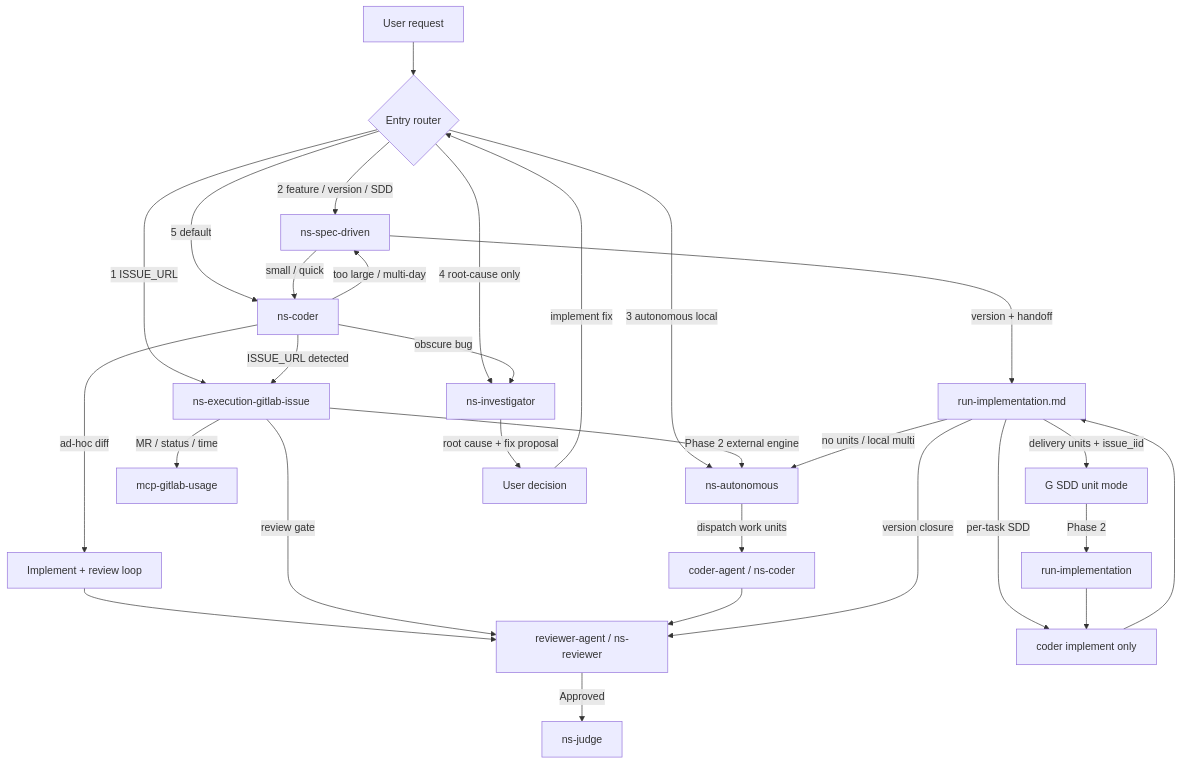
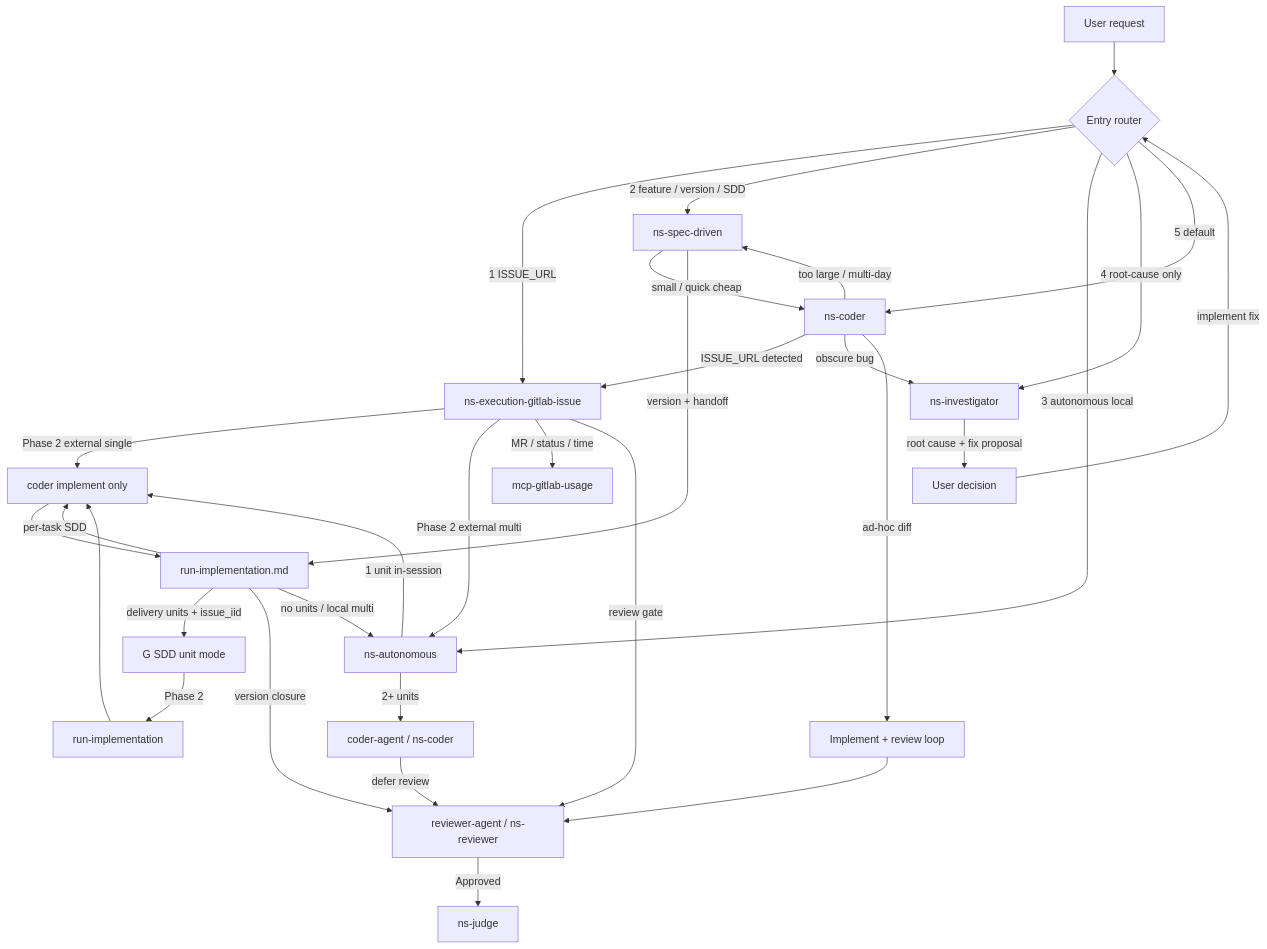
Before and after one commit to nextstage-brasil/skills: the diagram in docs/coder-skill-routing.md, drawn with Mermaid. The commit also changed other lines of this file and 27 other files, not shown here.

Commit message:
feat: add spawn gate logic for code execution; update routing rules for single-unit and multi-unit execution

````diff
--- a/docs/coder-skill-routing.md
+++ b/docs/coder-skill-routing.md
@@ -270,37 +272,39 @@
 ```mermaid
 flowchart TD
   U[User request] --> R{Entry router}
 
   R -->|"1 ISSUE_URL"| G[ns-execution-gitlab-issue]
   R -->|"2 feature / version / SDD"| S[ns-spec-driven]
   R -->|"3 autonomous local"| A[ns-autonomous]
   R -->|"4 root-cause only"| I[ns-investigator]
   R -->|"5 default"| C[ns-coder]
 
   C -->|ISSUE_URL detected| G
   C -->|too large / multi-day| S
   C -->|obscure bug| I
   C -->|ad-hoc diff| IMPL[Implement + review loop]
   IMPL --> REV[reviewer-agent / ns-reviewer]
   REV -->|Approved| JUDGE[ns-judge]
 
-  G -->|Phase 2 external engine| A
+  G -->|Phase 2 external single| Cimpl[coder implement only]
+  G -->|Phase 2 external multi| A
   G -->|MR / status / time| GL[mcp-gitlab-usage]
   G -->|review gate| REV
 
-  A -->|dispatch work units| C2[coder-agent / ns-coder]
-  C2 --> REV
+  A -->|1 unit in-session| Cimpl
+  A -->|2+ units| C2[coder-agent / ns-coder]
+  C2 -->|defer review| REV
 
-  S -->|small / quick| C
+  S -->|small / quick cheap| C
   S -->|version + handoff| H[run-implementation.md]
-  H -->|per-task SDD| Cimpl[coder implement only]
+  H -->|per-task SDD| Cimpl
   Cimpl --> H
   H -->|delivery units + issue_iid| Gunit[G SDD unit mode]
   Gunit -->|Phase 2| RI[run-implementation]
   RI --> Cimpl
   H -->|version closure| REV
   H -->|no units / local multi| A
 
   I -->|root cause + fix proposal| U2[User decision]
   U2 -->|implement fix| R
 ```
````
